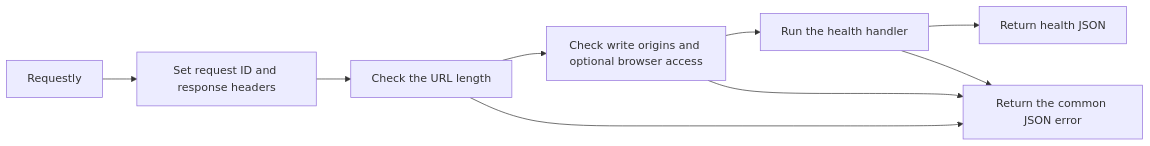
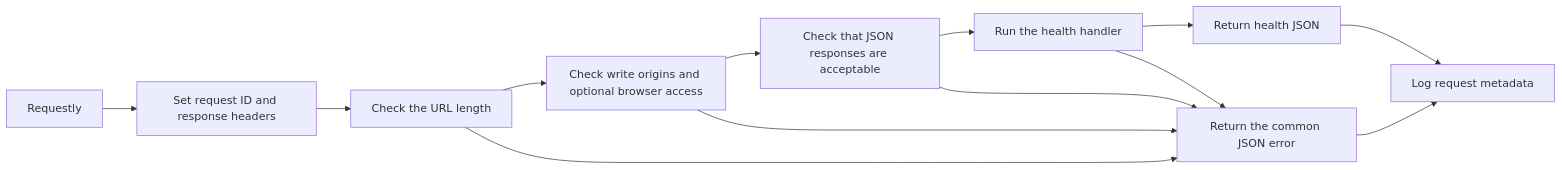
The diagram in docs/api.md (jaminwebdev/hono-drizzle-api), drawn with Mermaid before and after one commit. The commit also changed other lines of this file and 5 other files, not shown here.

Commit message:
negotiate JSON responses and log safe request metadata

````diff
--- a/docs/api.md
+++ b/docs/api.md
@@ -70,11 +83,15 @@
 ```mermaid
 flowchart LR
     Client[Requestly] --> Shared[Set request ID and response headers]
     Shared --> Limit[Check the URL length]
     Limit --> Origin[Check write origins and optional browser access]
-    Origin --> Route[Run the health handler]
+    Origin --> Accept[Check that JSON responses are acceptable]
+    Accept --> Route[Run the health handler]
     Route --> Success[Return health JSON]
     Limit --> Error[Return the common JSON error]
     Origin --> Error
+    Accept --> Error
     Route --> Error
+    Success --> Log[Log request metadata]
+    Error --> Log
 ```
````
